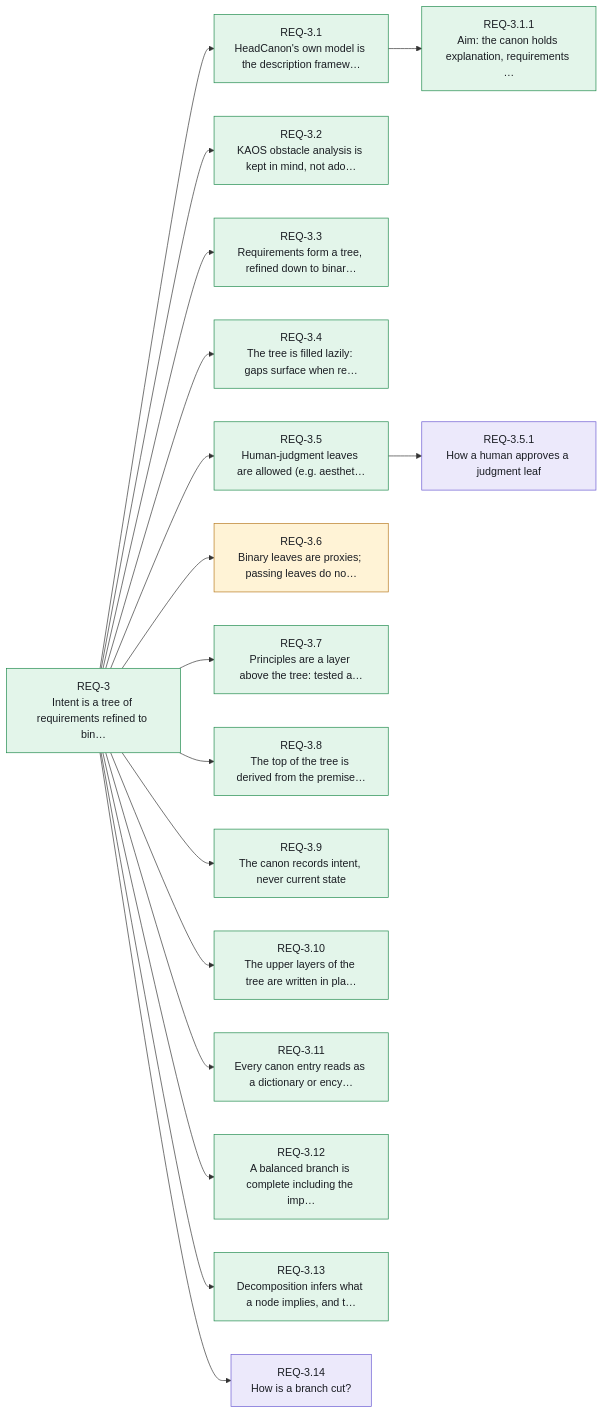
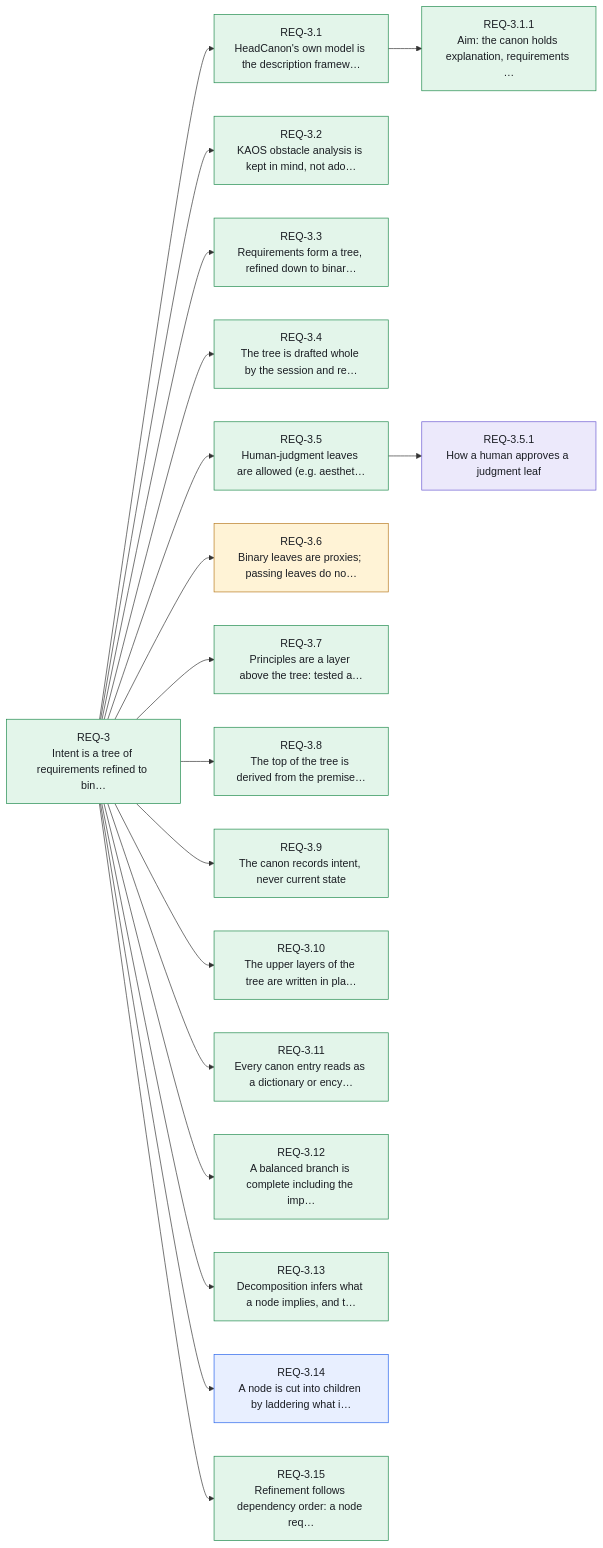
The fourth of 14 diagrams in canon/INDEX.md (Althis/headcanon), drawn with Mermaid before and after one commit. The commit also changed other lines of this file and 149 other files, not shown here.

````diff
--- a/canon/INDEX.md
+++ b/canon/INDEX.md
@@ -271,41 +273,43 @@
 ```mermaid
 flowchart LR
     REQ_3["REQ-3<br/>Intent is a tree of requirements refined to bin…"]:::stated
     REQ_3_1["REQ-3.1<br/>HeadCanon's own model is the description framew…"]:::stated
     REQ_3_1_1["REQ-3.1.1<br/>Aim: the canon holds explanation, requirements …"]:::stated
     REQ_3_2["REQ-3.2<br/>KAOS obstacle analysis is kept in mind, not ado…"]:::stated
     REQ_3_3["REQ-3.3<br/>Requirements form a tree, refined down to binar…"]:::stated
-    REQ_3_4["REQ-3.4<br/>The tree is filled lazily: gaps surface when re…"]:::stated
+    REQ_3_4["REQ-3.4<br/>The tree is drafted whole by the session and re…"]:::stated
     REQ_3_5["REQ-3.5<br/>Human-judgment leaves are allowed (e.g. aesthet…"]:::stated
-    REQ_3_5_1["REQ-3.5.1<br/>How a human approves a judgment leaf"]:::open
+    REQ_3_5_1["REQ-3.5.1<br/>How a human approves a judgment leaf"]:::draft
     REQ_3_6["REQ-3.6<br/>Binary leaves are proxies; passing leaves do no…"]:::assumed
     REQ_3_7["REQ-3.7<br/>Principles are a layer above the tree: tested a…"]:::stated
     REQ_3_8["REQ-3.8<br/>The top of the tree is derived from the premise…"]:::stated
     REQ_3_9["REQ-3.9<br/>The canon records intent, never current state"]:::stated
     REQ_3_10["REQ-3.10<br/>The upper layers of the tree are written in pla…"]:::stated
     REQ_3_11["REQ-3.11<br/>Every canon entry reads as a dictionary or ency…"]:::stated
     REQ_3_12["REQ-3.12<br/>A balanced branch is complete including the imp…"]:::stated
     REQ_3_13["REQ-3.13<br/>Decomposition infers what a node implies, and t…"]:::stated
-    REQ_3_14["REQ-3.14<br/>How is a branch cut?"]:::open
+    REQ_3_14["REQ-3.14<br/>A node is cut into children by laddering what i…"]:::resolved
+    REQ_3_15["REQ-3.15<br/>Refinement follows dependency order: a node req…"]:::stated
     REQ_3 --> REQ_3_1
     REQ_3_1 --> REQ_3_1_1
     REQ_3 --> REQ_3_2
     REQ_3 --> REQ_3_3
     REQ_3 --> REQ_3_4
     REQ_3 --> REQ_3_5
     REQ_3_5 --> REQ_3_5_1
     REQ_3 --> REQ_3_6
     REQ_3 --> REQ_3_7
     REQ_3 --> REQ_3_8
     REQ_3 --> REQ_3_9
     REQ_3 --> REQ_3_10
     REQ_3 --> REQ_3_11
     REQ_3 --> REQ_3_12
     REQ_3 --> REQ_3_13
     REQ_3 --> REQ_3_14
+    REQ_3 --> REQ_3_15
     classDef stated fill:#e3f5ea,stroke:#1f8a4c,color:#1a1d23
     classDef resolved fill:#e8efff,stroke:#2563eb,color:#1a1d23
     classDef assumed fill:#fff3d6,stroke:#b7791f,color:#1a1d23
-    classDef open fill:#ece9fb,stroke:#6b5bd2,color:#1a1d23
+    classDef draft fill:#ece9fb,stroke:#6b5bd2,color:#1a1d23
     classDef contested fill:#fde7e8,stroke:#d13438,color:#1a1d23
 ```
````
